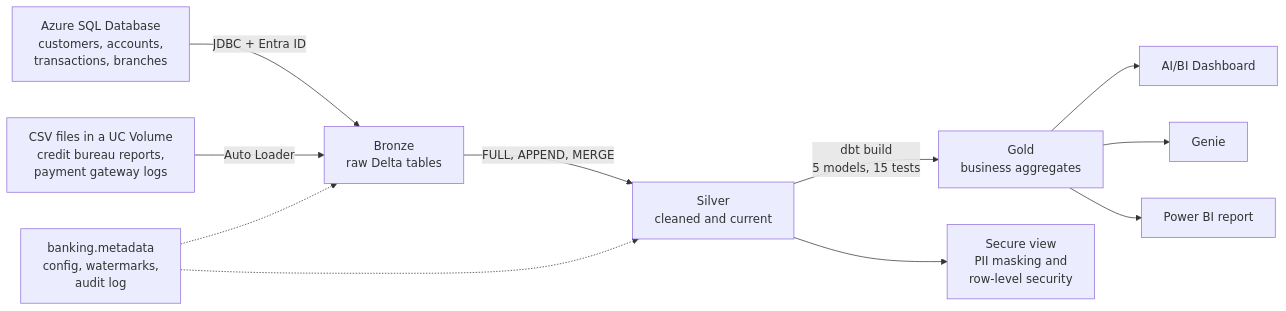
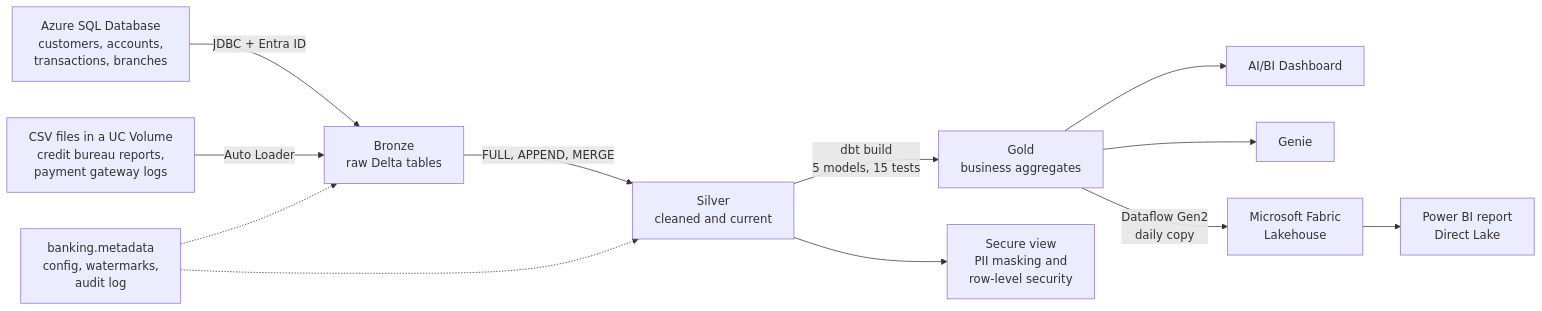
Before and after one commit to denseyzenel/databricks_finance: the diagram in README.md, drawn with Mermaid. The commit also changed other lines of this file, not shown here.

Commit message:
Update README to include Microsoft Fabric details

````diff
--- a/README.md
+++ b/README.md
@@ -44,13 +45,14 @@
 ```mermaid
 flowchart LR
     SQL["Azure SQL Database<br/>customers, accounts,<br/>transactions, branches"] -->|"JDBC + Entra ID"| BRZ
     CSV["CSV files in a UC Volume<br/>credit bureau reports,<br/>payment gateway logs"] -->|"Auto Loader"| BRZ
     BRZ["Bronze<br/>raw Delta tables"] -->|"FULL, APPEND, MERGE"| SLV["Silver<br/>cleaned and current"]
     SLV -->|"dbt build<br/>5 models, 15 tests"| GLD["Gold<br/>business aggregates"]
     GLD --> DASH["AI/BI Dashboard"]
     GLD --> GENIE["Genie"]
-    GLD --> PBI["Power BI report"]
+    GLD -->|"Dataflow Gen2<br/>daily copy"| LH["Microsoft Fabric<br/>Lakehouse"]
+    LH --> PBI["Power BI report<br/>Direct Lake"]
     SLV --> SEC["Secure view<br/>PII masking and<br/>row-level security"]
     META["banking.metadata<br/>config, watermarks,<br/>audit log"] -.-> BRZ
     META -.-> SLV
 ```
````
